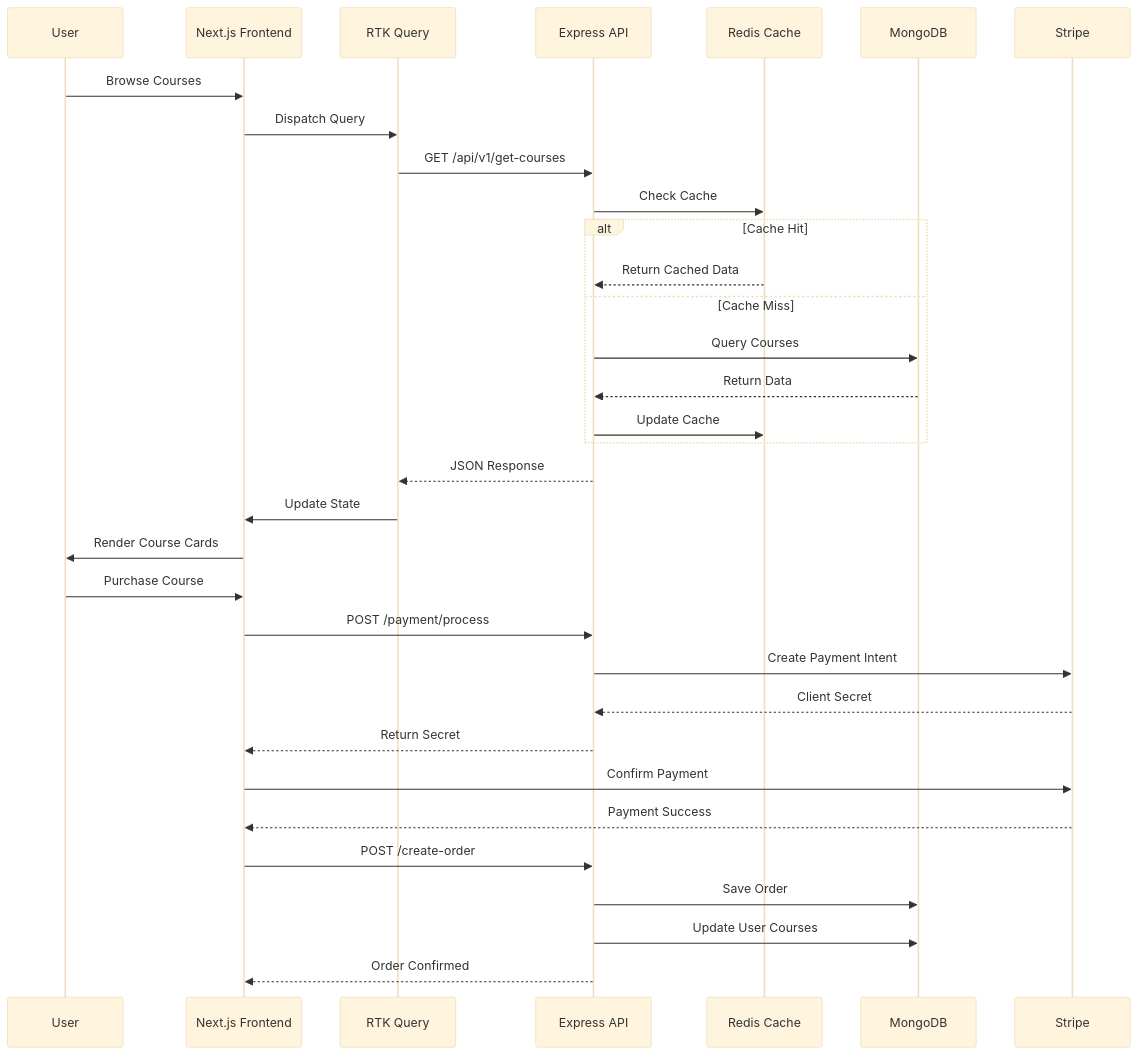
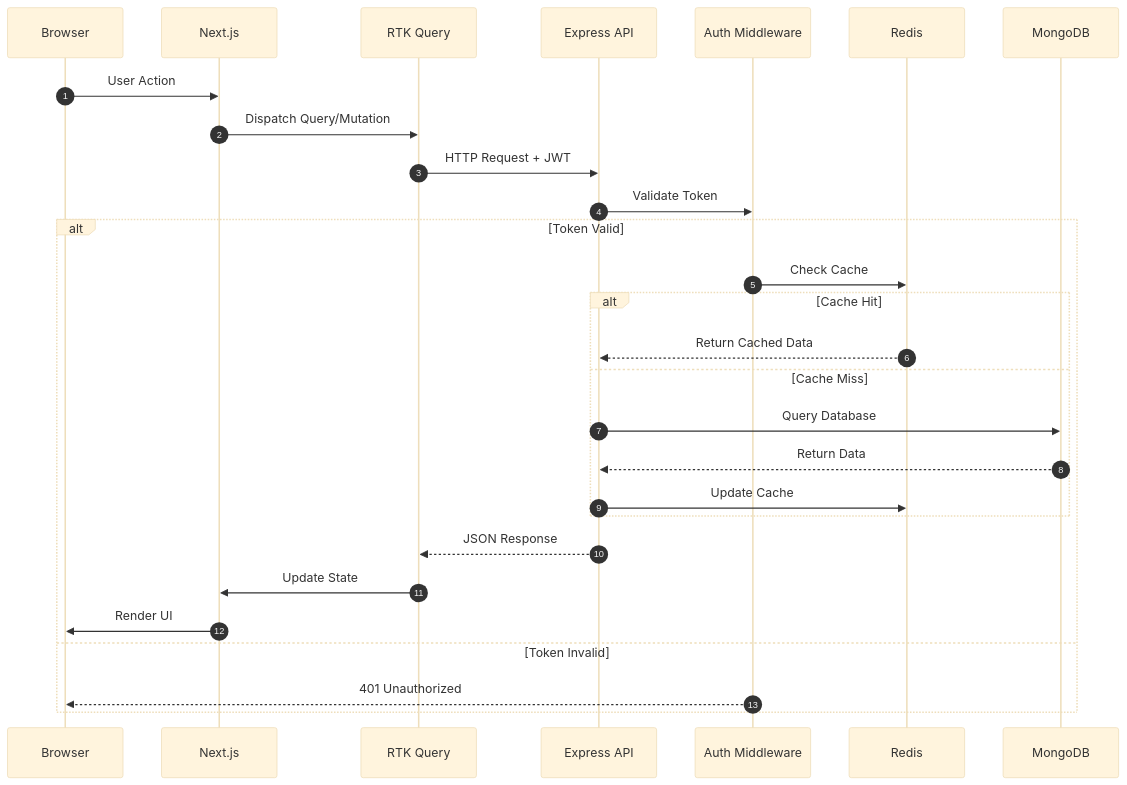
Before and after one commit to asadjan4611/LMS: the fifth of 13 diagrams in README.md, drawn with Mermaid (base theme). The commit also changed other lines of this file and 1 other file, not shown here.

Commit message:
docs: Enhanced README with UML diagrams, class diagrams, problem statement, and professional documentation

````diff
--- a/README.md
+++ b/README.md
@@ -239,39 +298,32 @@
 ```mermaid
 sequenceDiagram
-    participant User
-    participant Frontend as Next.js Frontend
+    autonumber
+    participant Client as Browser
+    participant Next as Next.js
     participant Redux as RTK Query
-    participant Backend as Express API
-    participant Redis as Redis Cache
-    participant MongoDB as MongoDB
-    participant Stripe as Stripe
+    participant API as Express API
+    participant Auth as Auth Middleware
+    participant Cache as Redis
+    participant DB as MongoDB
 
-    User->>Frontend: Browse Courses
-    Frontend->>Redux: Dispatch Query
-    Redux->>Backend: GET /api/v1/get-courses
-    Backend->>Redis: Check Cache
+    Client->>Next: User Action
+    Next->>Redux: Dispatch Query/Mutation
+    Redux->>API: HTTP Request + JWT
+    API->>Auth: Validate Token
     
-    alt Cache Hit
-        Redis-->>Backend: Return Cached Data
-    else Cache Miss
-        Backend->>MongoDB: Query Courses
-        MongoDB-->>Backend: Return Data
-        Backend->>Redis: Update Cache
+    alt Token Valid
+        Auth->>Cache: Check Cache
+        alt Cache Hit
+            Cache-->>API: Return Cached Data
+        else Cache Miss
+            API->>DB: Query Database
+            DB-->>API: Return Data
+            API->>Cache: Update Cache
+        end
+        API-->>Redux: JSON Response
+        Redux->>Next: Update State
+        Next->>Client: Render UI
+    else Token Invalid
+        Auth-->>Client: 401 Unauthorized
     end
-    
-    Backend-->>Redux: JSON Response
-    Redux->>Frontend: Update State
-    Frontend->>User: Render Course Cards
-
-    User->>Frontend: Purchase Course
-    Frontend->>Backend: POST /payment/process
-    Backend->>Stripe: Create Payment Intent
-    Stripe-->>Backend: Client Secret
-    Backend-->>Frontend: Return Secret
-    Frontend->>Stripe: Confirm Payment
-    Stripe-->>Frontend: Payment Success
-    Frontend->>Backend: POST /create-order
-    Backend->>MongoDB: Save Order
-    Backend->>MongoDB: Update User Courses
-    Backend-->>Frontend: Order Confirmed
 ```
````
